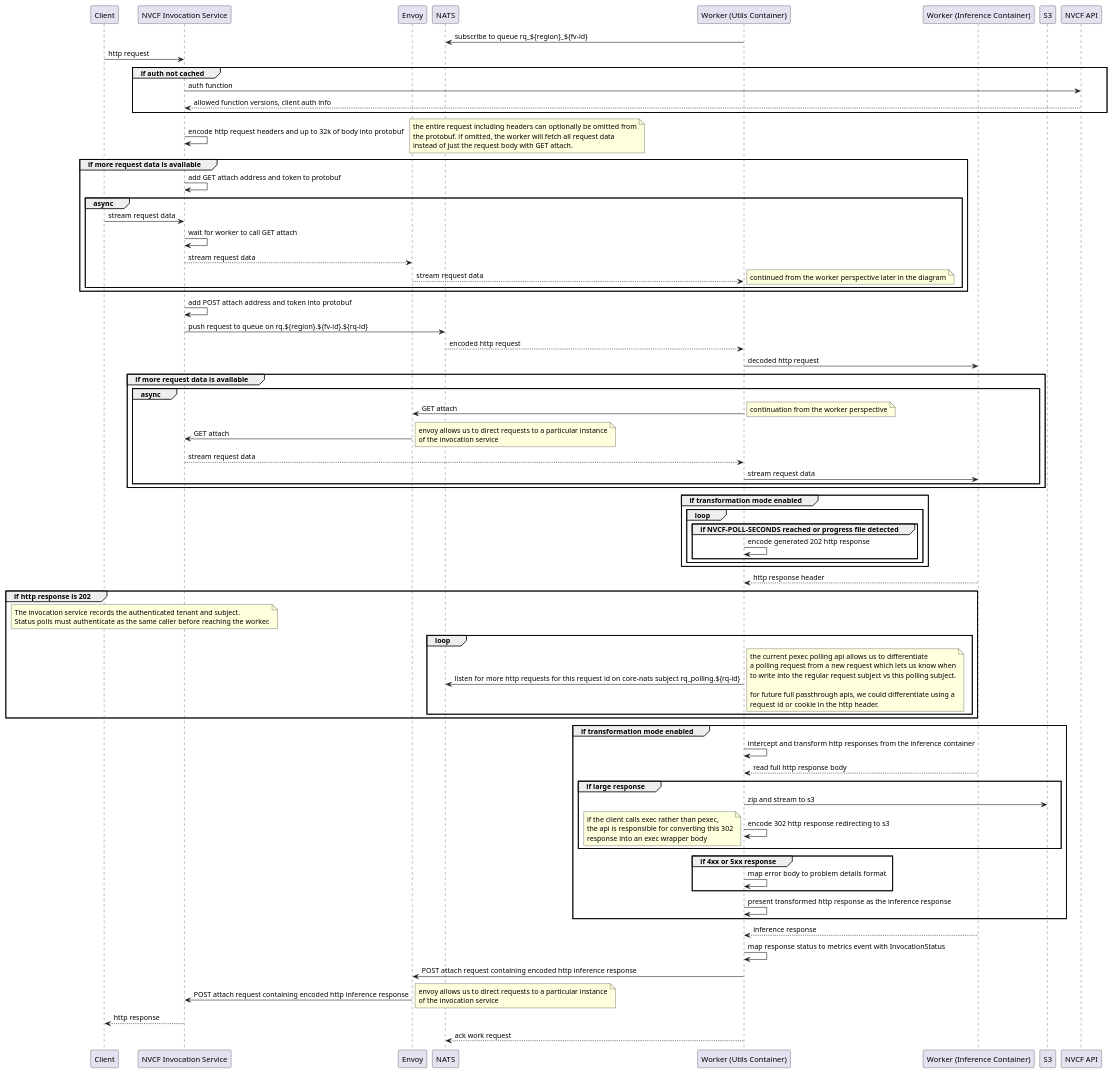
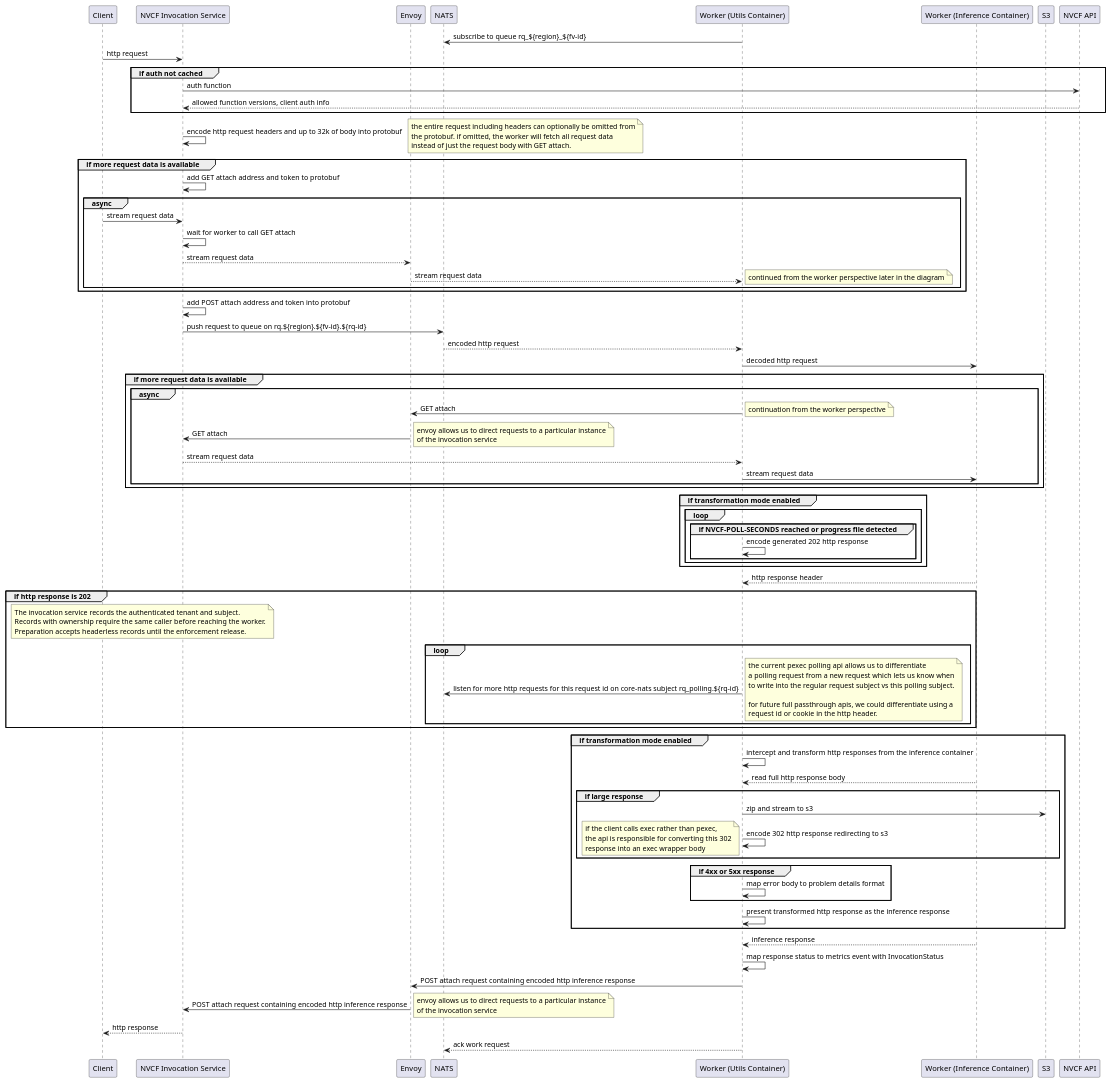
The diagram in src/invocation-plane-services/http-invocation/README.md (NVIDIA/nvcf), drawn with PlantUML before and after one commit. The commit also changed other lines of this file and 16 other files, not shown here.

```diff
--- a/src/invocation-plane-services/http-invocation/README.md
+++ b/src/invocation-plane-services/http-invocation/README.md
@@ -206,7 +227,8 @@
 group if http response is 202
     note over client,is
         The invocation service records the authenticated tenant and subject.
-        Status polls must authenticate as the same caller before reaching the worker.
+        Records with ownership require the same caller before reaching the worker.
+        Preparation accepts headerless records until the enforcement release.
     end note
     loop
         worker -> nats: listen for more http requests for this request id on core-nats subject rq_polling.${rq-id} 
```
